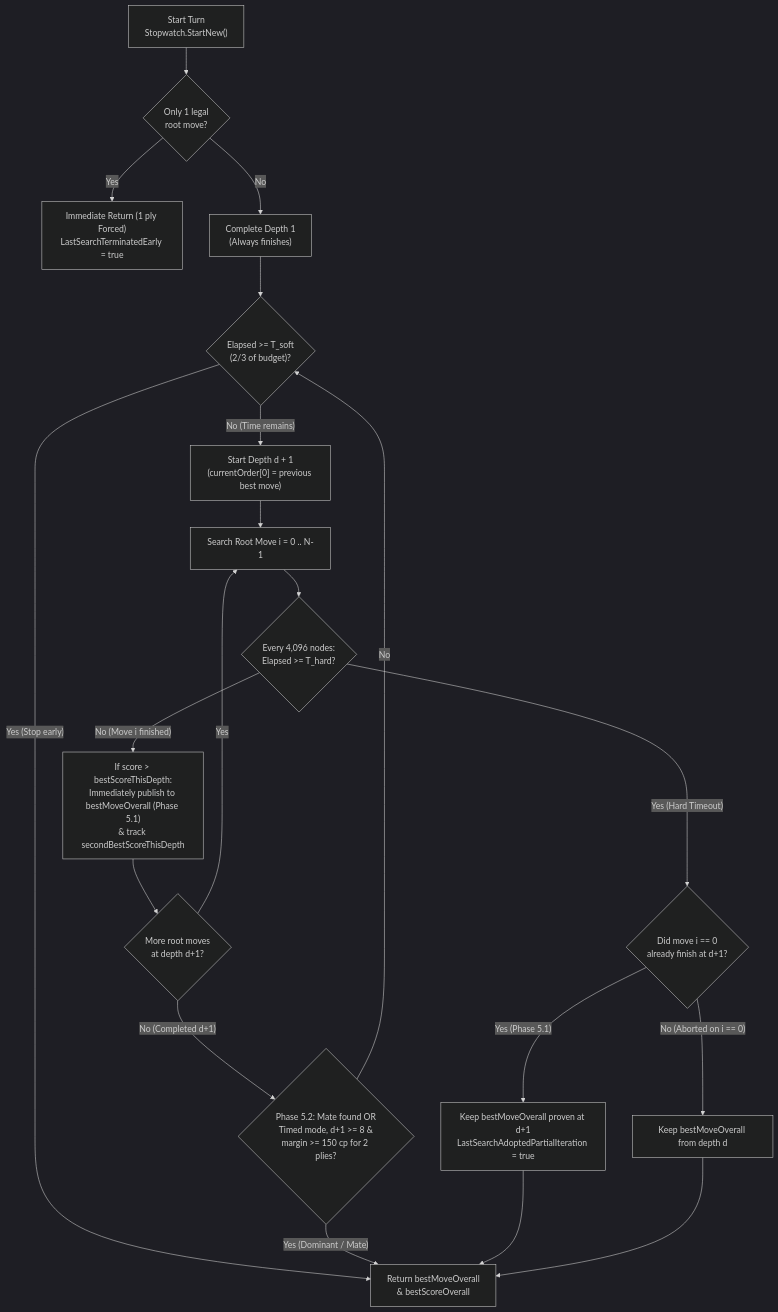
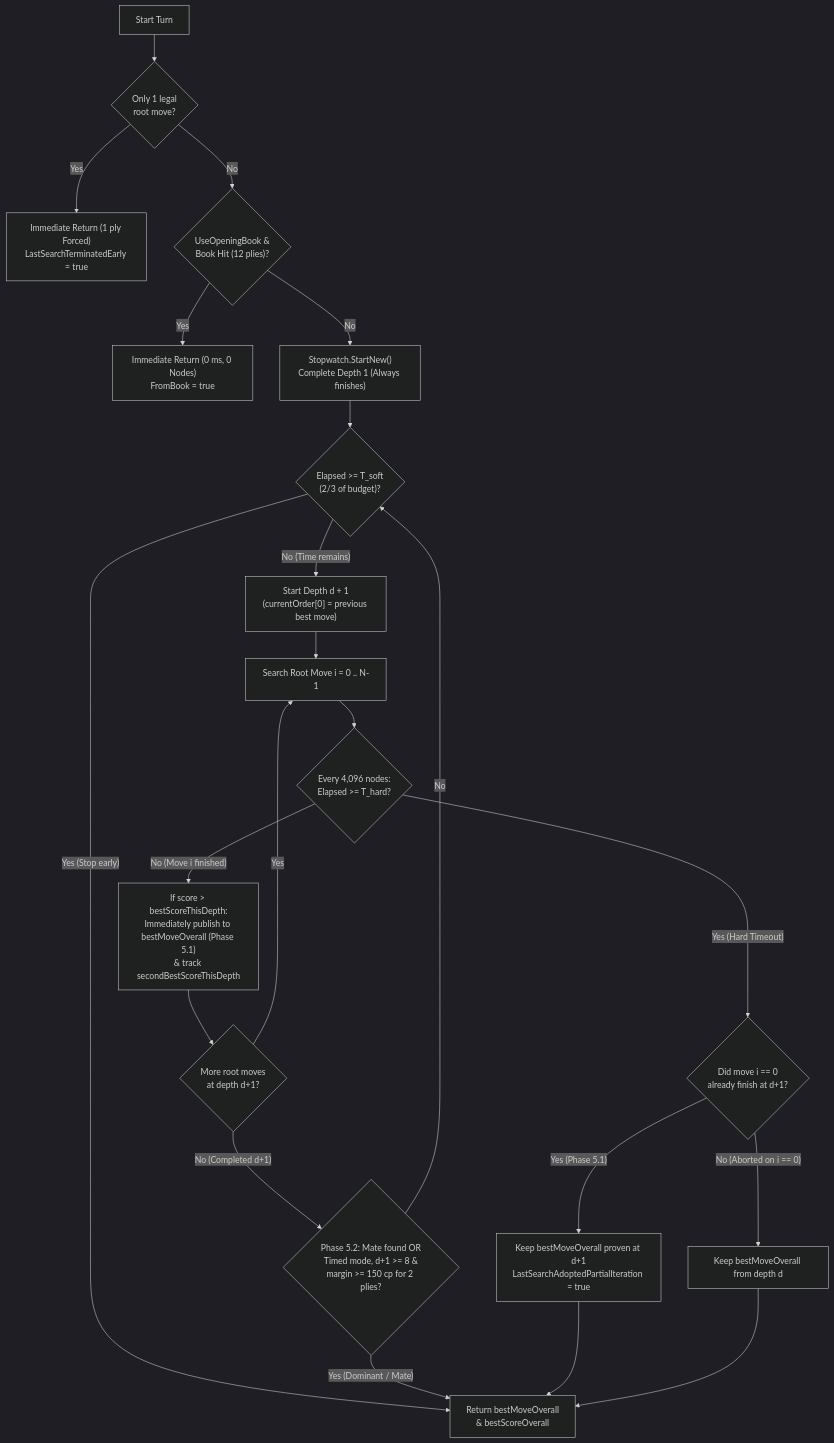
Before and after one commit to cjp-dev/Checkers: the diagram in docs/brain/09-time-control.md, drawn with Mermaid (dark theme). The commit also changed other lines of this file and 11 other files, not shown here.

````diff
--- a/docs/brain/09-time-control.md
+++ b/docs/brain/09-time-control.md
@@ -47,22 +47,24 @@
 ```mermaid
 flowchart TD
-    Start["Start Turn<br/>Stopwatch.StartNew()"] --> Forced{"Only 1 legal<br/>root move?"}
+    Start["Start Turn"] --> Forced{"Only 1 legal<br/>root move?"}
     Forced -- "Yes" --> RetForced["Immediate Return (1 ply Forced)<br/>LastSearchTerminatedEarly = true"]
-    Forced -- "No" --> D1["Complete Depth 1<br/>(Always finishes)"]
+    Forced -- "No" --> BookCheck{"UseOpeningBook &amp;<br/>Book Hit (12 plies)?"}
+    BookCheck -- "Yes" --> RetBook["Immediate Return (0 ms, 0 Nodes)<br/>FromBook = true"]
+    BookCheck -- "No" --> D1["Stopwatch.StartNew()<br/>Complete Depth 1 (Always finishes)"]
     D1 --> CheckSoft{"Elapsed >= T_soft<br/>(2/3 of budget)?"}
     CheckSoft -- "Yes (Stop early)" --> Return["Return bestMoveOverall<br/>&amp; bestScoreOverall"]
     CheckSoft -- "No (Time remains)" --> NextD["Start Depth d + 1<br/>(currentOrder[0] = previous best move)"]
     NextD --> RootLoop["Search Root Move i = 0 .. N-1"]
     RootLoop --> NodeCheck{"Every 4,096 nodes:<br/>Elapsed >= T_hard?"}
     NodeCheck -- "No (Move i finished)" --> AdoptMove["If score > bestScoreThisDepth:<br/>Immediately publish to bestMoveOverall (Phase 5.1)<br/>&amp; track secondBestScoreThisDepth"]
     AdoptMove --> MoreMoves{"More root moves<br/>at depth d+1?"}
     MoreMoves -- "Yes" --> RootLoop
     MoreMoves -- "No (Completed d+1)" --> DomCheck{"Phase 5.2: Mate found OR<br/>Timed mode, d+1 >= 8 &amp;<br/>margin >= 150 cp for 2 plies?"}
     DomCheck -- "Yes (Dominant / Mate)" --> Return
     DomCheck -- "No" --> CheckSoft
     NodeCheck -- "Yes (Hard Timeout)" --> PartialCheck{"Did move i == 0<br/>already finish at d+1?"}
     PartialCheck -- "Yes (Phase 5.1)" --> Salvage["Keep bestMoveOverall proven at d+1<br/>LastSearchAdoptedPartialIteration = true"]
     PartialCheck -- "No (Aborted on i == 0)" --> Fallback["Keep bestMoveOverall from depth d"]
     Salvage --> Return
     Fallback --> Return
 ```
````
